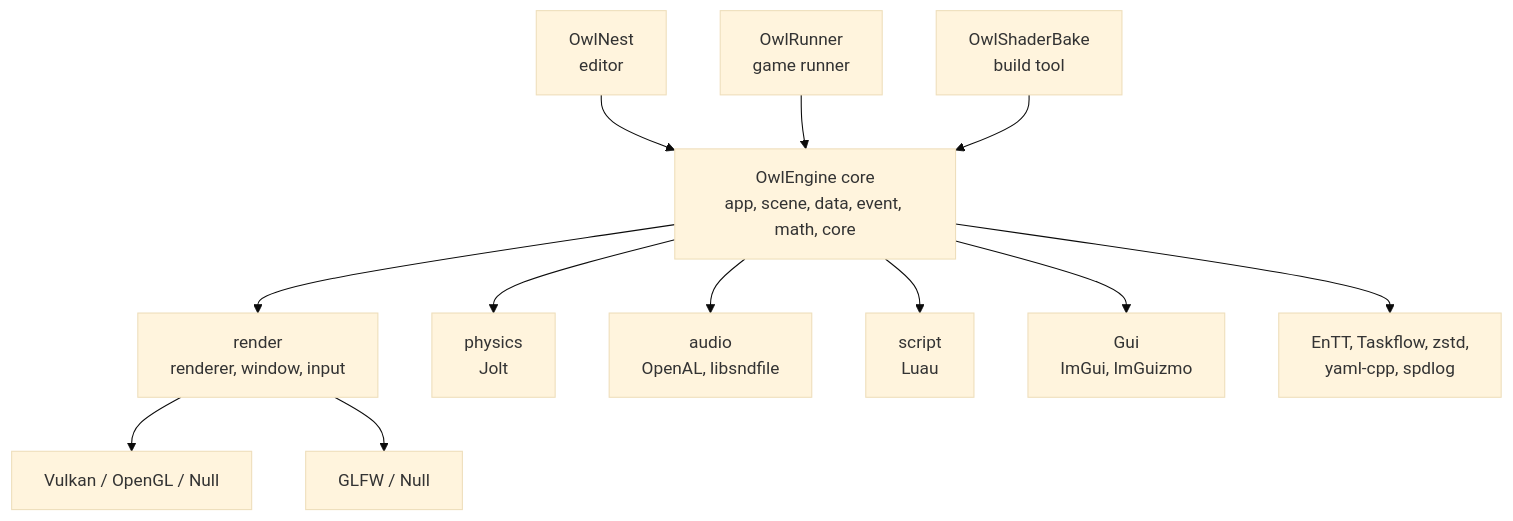
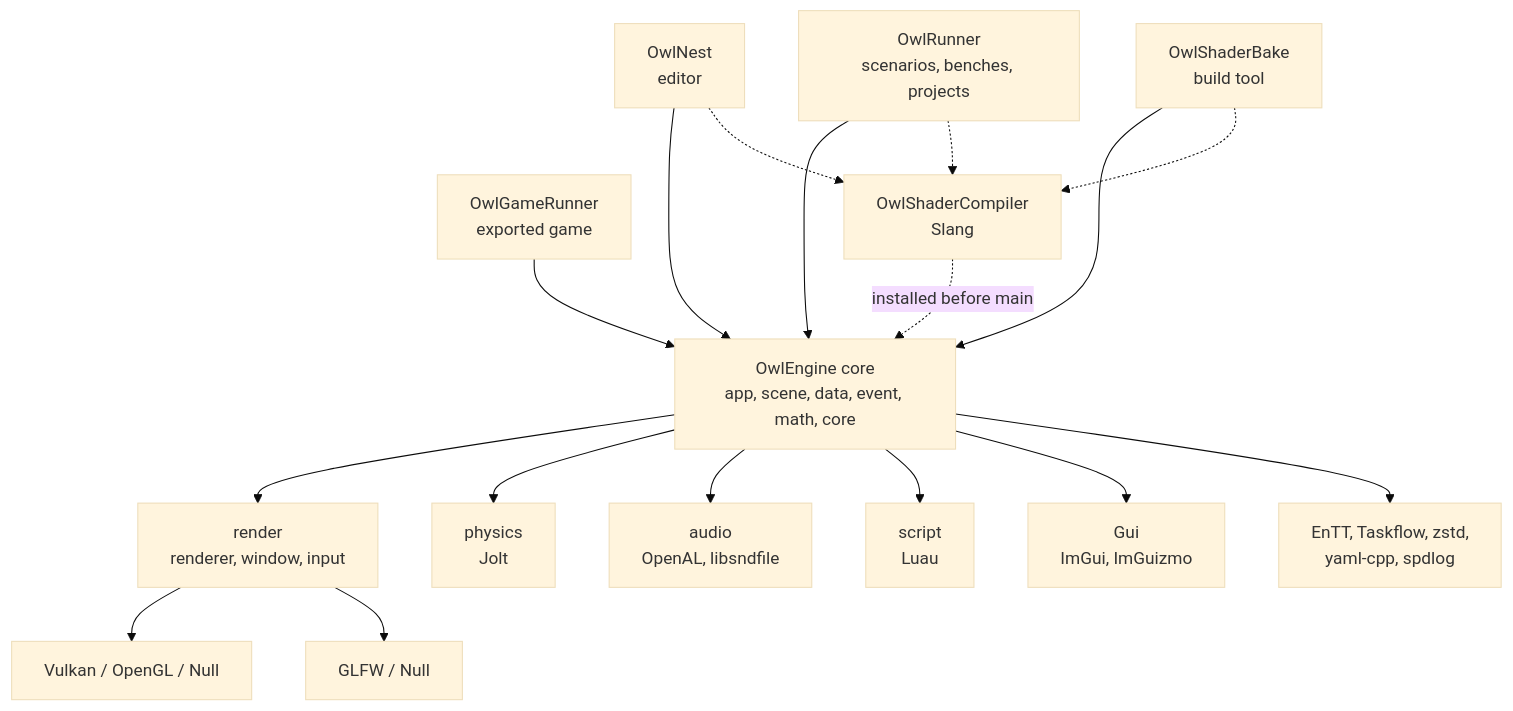
One commit to Silmaen/Owl changed the first of 6 diagrams in doc/pages/architecture.md. Above: the diagram before and after it, drawn with Mermaid (base theme). The commit also changed other lines of this file and 41 other files, not shown here.

Commit message:
Move Slang to OwlShaderCompiler, add shader targets and a game runner without Slang

````diff
--- a/doc/pages/architecture.md
+++ b/doc/pages/architecture.md
@@ -11,14 +11,19 @@
 ```mermaid
 flowchart TD
     Nest["OwlNest<br/>editor"] --> Core
-    Runner["OwlRunner<br/>game runner"] --> Core
+    Runner["OwlRunner<br/>scenarios, benches, projects"] --> Core
+    GameRunner["OwlGameRunner<br/>exported game"] --> Core
     Bake["OwlShaderBake<br/>build tool"] --> Core
+    Compiler["OwlShaderCompiler<br/>Slang"] -.->|installed before main| Core
+    Nest -.-> Compiler
+    Runner -.-> Compiler
+    Bake -.-> Compiler
     Core["OwlEngine core<br/>app, scene, data, event, math, core"] --> Render["render<br/>renderer, window, input"]
     Core --> Phys["physics<br/>Jolt"]
     Core --> Audio["audio<br/>OpenAL, libsndfile"]
     Core --> Script["script<br/>Luau"]
     Core --> Gui["Gui<br/>ImGui, ImGuizmo"]
     Core --> Deps["EnTT, Taskflow, zstd,<br/>yaml-cpp, spdlog"]
     Render --> Gpu["Vulkan / OpenGL / Null"]
     Render --> Glfw["GLFW / Null"]
 ```
````
